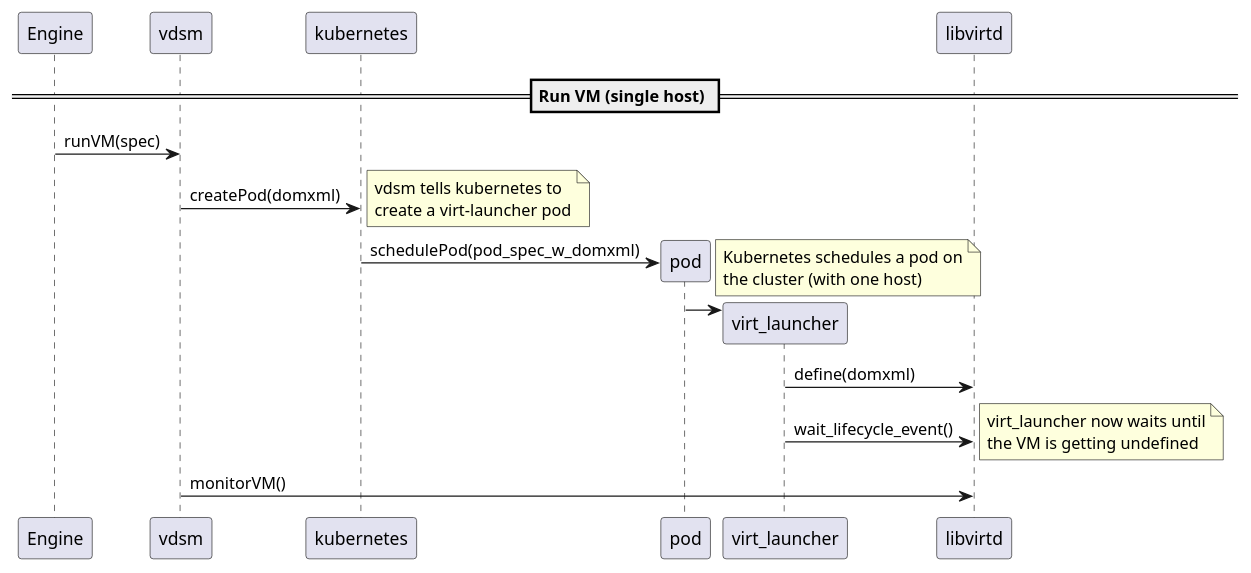
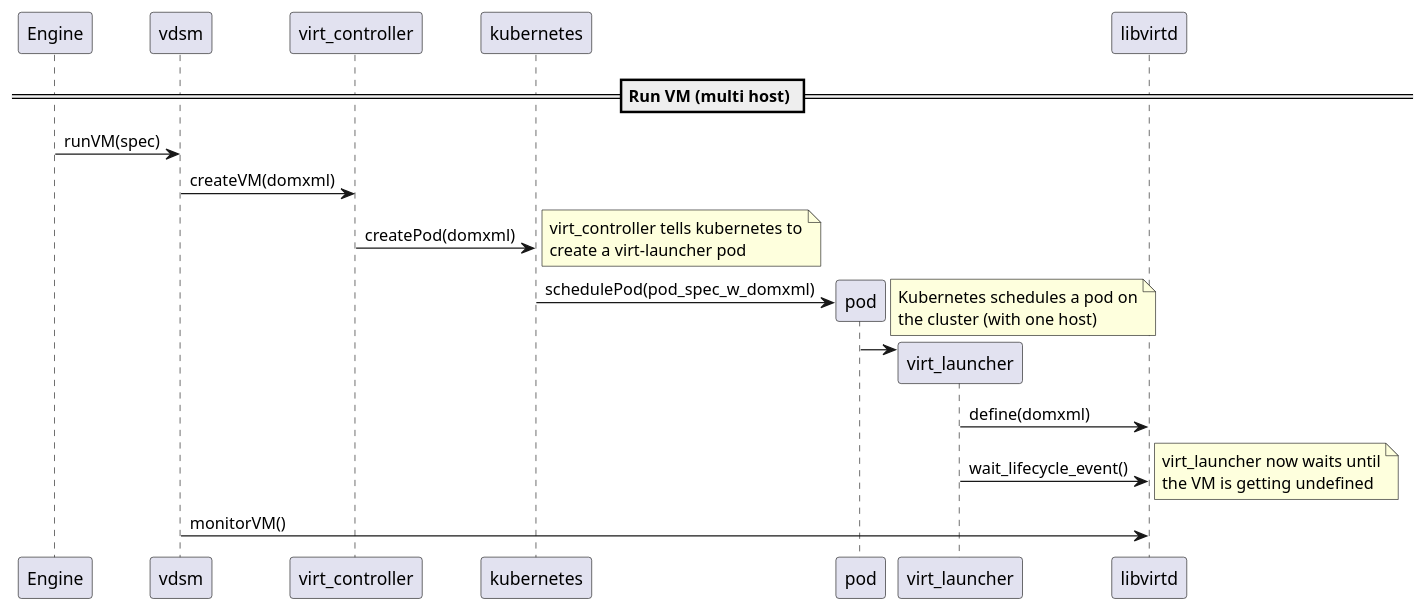
One commit to kubevirt/kubevirt changed the diagram in docs/2-run-vm-multi.plantuml. Above: the diagram before and after it, drawn with PlantUML.

Commit message:
Small docs update

```diff
--- a/docs/2-run-vm-multi.plantuml
+++ b/docs/2-run-vm-multi.plantuml
@@ -1,31 +1,33 @@
 @startuml
-== Run VM (single host) ==
+== Run VM (multi host) ==
 
 Engine -> vdsm : runVM(spec)
 
-vdsm -> kubernetes : createPod(domxml)
+vdsm -> virt_controller : createVM(domxml)
+
+virt_controller -> kubernetes : createPod(domxml)
 note right
-	vdsm tells kubernetes to
+	virt_controller tells kubernetes to
 	create a virt-launcher pod
 end note
 
 create pod
 kubernetes -> pod : schedulePod(pod_spec_w_domxml)
 note right
 	Kubernetes schedules a pod on
 	the cluster (with one host)
 end note
 
 create virt_launcher
 pod -> virt_launcher
 
 virt_launcher -> libvirtd : define(domxml)
 virt_launcher -> libvirtd : wait_lifecycle_event()
 note right
 	virt_launcher now waits until
 	the VM is getting undefined
 end note
 
 vdsm -> libvirtd : monitorVM()
 
 @enduml
```
